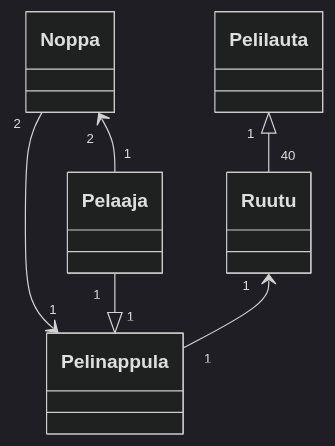
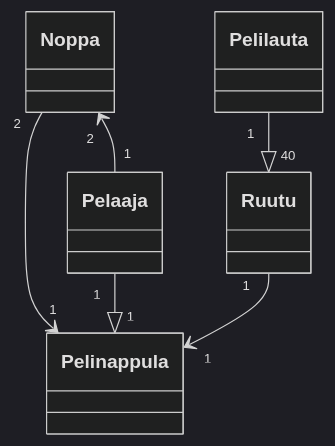
One commit to samusyrjanen/ot-harjoitustyo changed the diagram in laskarit/viikko3/monopoli.md. Above: the diagram before and after it, drawn with Mermaid (dark theme).

Commit message:
monopoly.md

````diff
--- a/laskarit/viikko3/monopoli.md
+++ b/laskarit/viikko3/monopoli.md
@@ -1,23 +1,23 @@
 ```mermaid
  classDiagram
       Noppa "2" <-- "1" Pelaaja
       Noppa "2" --> "1" Pelinappula
       Pelaaja "1" --|> "1" Pelinappula
-      Pelilauta "1" <|-- "40" Ruutu
-      Ruutu "1" <-- "1" Pelinappula
+      Pelilauta "1" --|> "40" Ruutu
+      Ruutu "1" --> "1" Pelinappula
       class Noppa{
 
       }
       class Pelaaja{
 
       }
       class Pelilauta{
 
       }
       class Ruutu{
 
       }
       class Pelinappula{
 
       }
 ```
````
